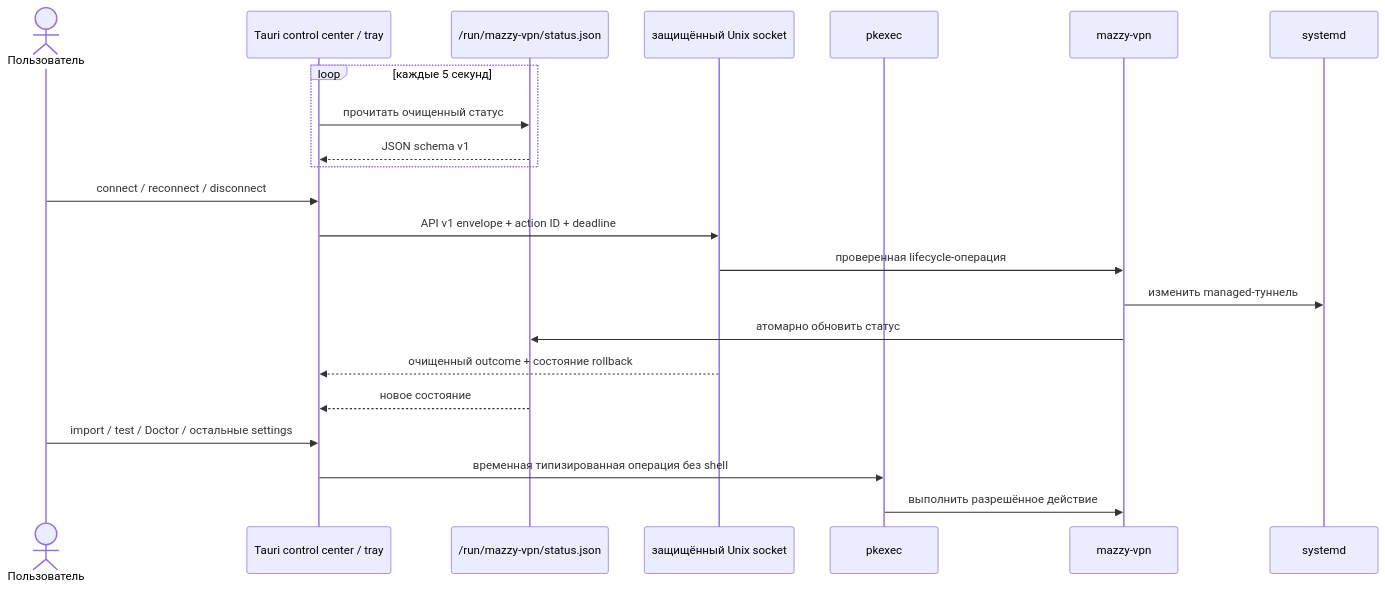
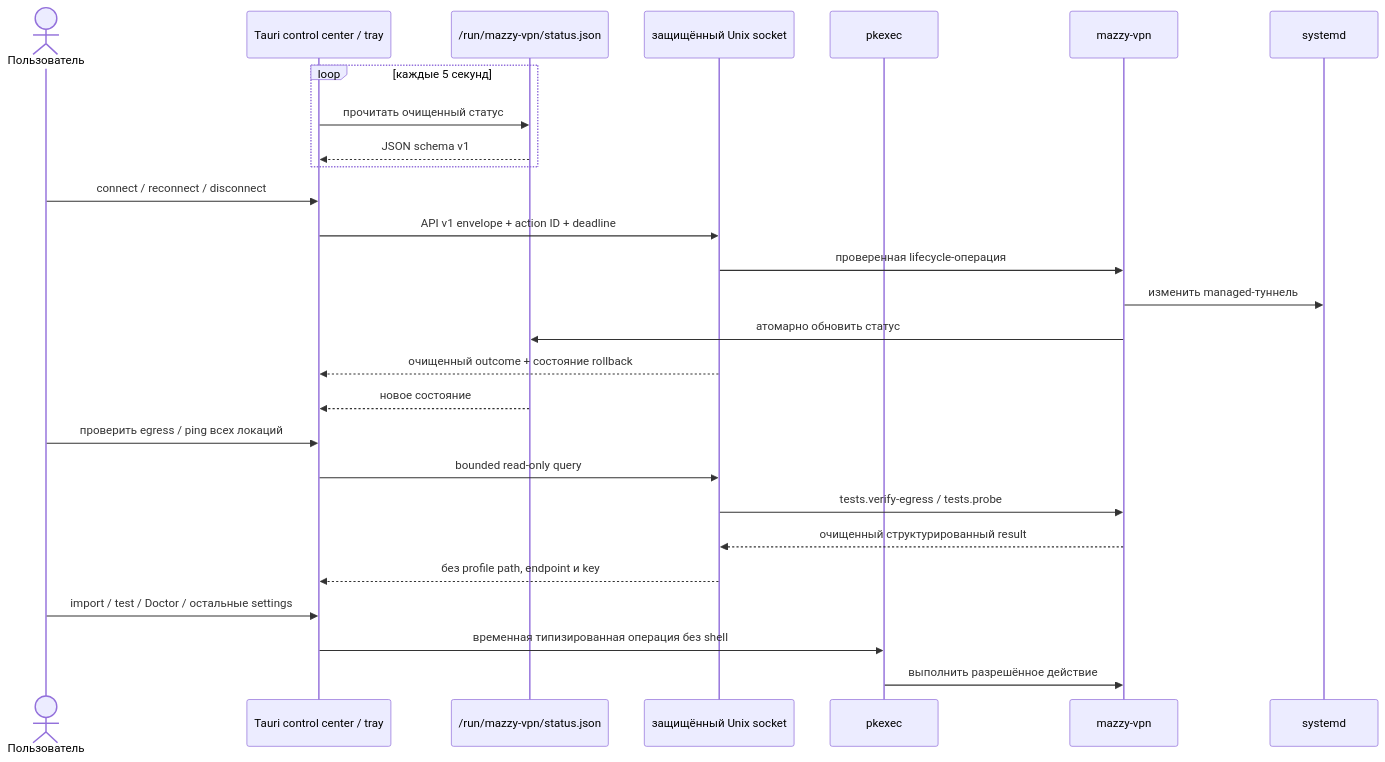
Before and after one commit to mazurovn/mazzy-vpn: the second of 5 diagrams in docs/ARCHITECTURE.ru.md, drawn with Mermaid. The commit also changed other lines of this file and 75 other files, not shown here.

````diff
--- a/docs/ARCHITECTURE.ru.md
+++ b/docs/ARCHITECTURE.ru.md
@@ -136,25 +153,30 @@
 ```mermaid
 sequenceDiagram
     actor User as Пользователь
     participant UI as Tauri control center / tray
     participant Cache as /run/mazzy-vpn/status.json
     participant API as защищённый Unix socket
     participant PK as pkexec
     participant CLI as mazzy-vpn
     participant SD as systemd
 
     loop каждые 5 секунд
         UI->>Cache: прочитать очищенный статус
         Cache-->>UI: JSON schema v1
     end
     User->>UI: connect / reconnect / disconnect
     UI->>API: API v1 envelope + action ID + deadline
     API->>CLI: проверенная lifecycle-операция
     CLI->>SD: изменить managed-туннель
     CLI->>Cache: атомарно обновить статус
     API-->>UI: очищенный outcome + состояние rollback
     Cache-->>UI: новое состояние
+    User->>UI: проверить egress / ping всех локаций
+    UI->>API: bounded read-only query
+    API->>CLI: tests.verify-egress / tests.probe
+    CLI-->>API: очищенный структурированный result
+    API-->>UI: без profile path, endpoint и key
     User->>UI: import / test / Doctor / остальные settings
     UI->>PK: временная типизированная операция без shell
     PK->>CLI: выполнить разрешённое действие
 ```
````
